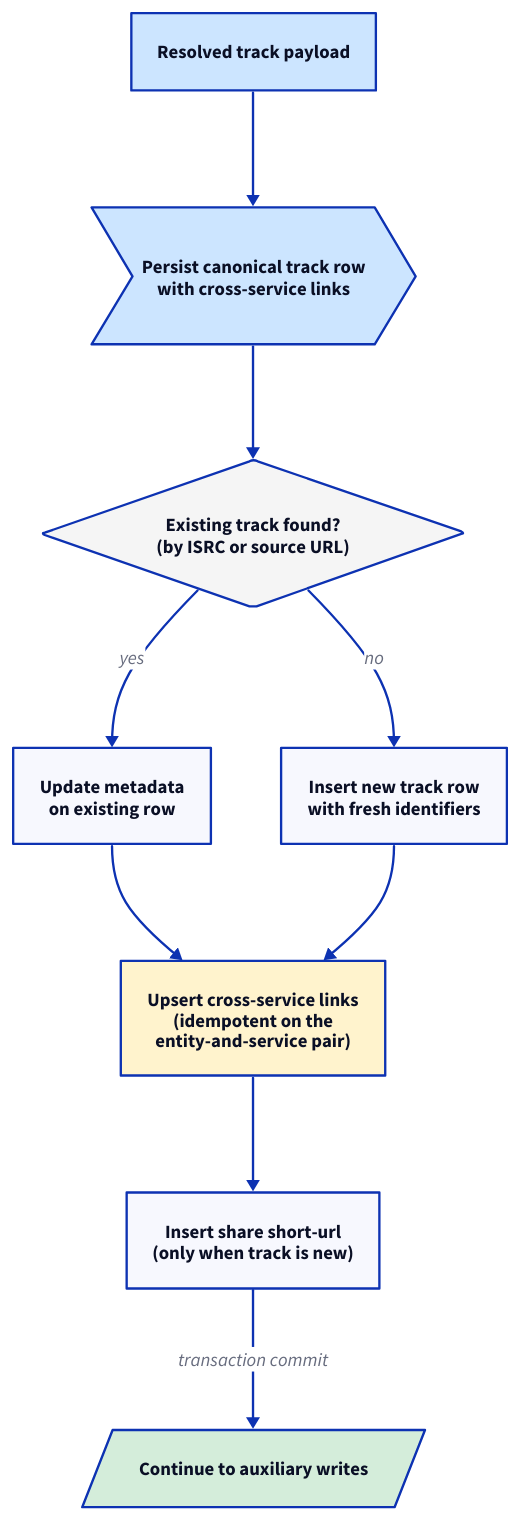
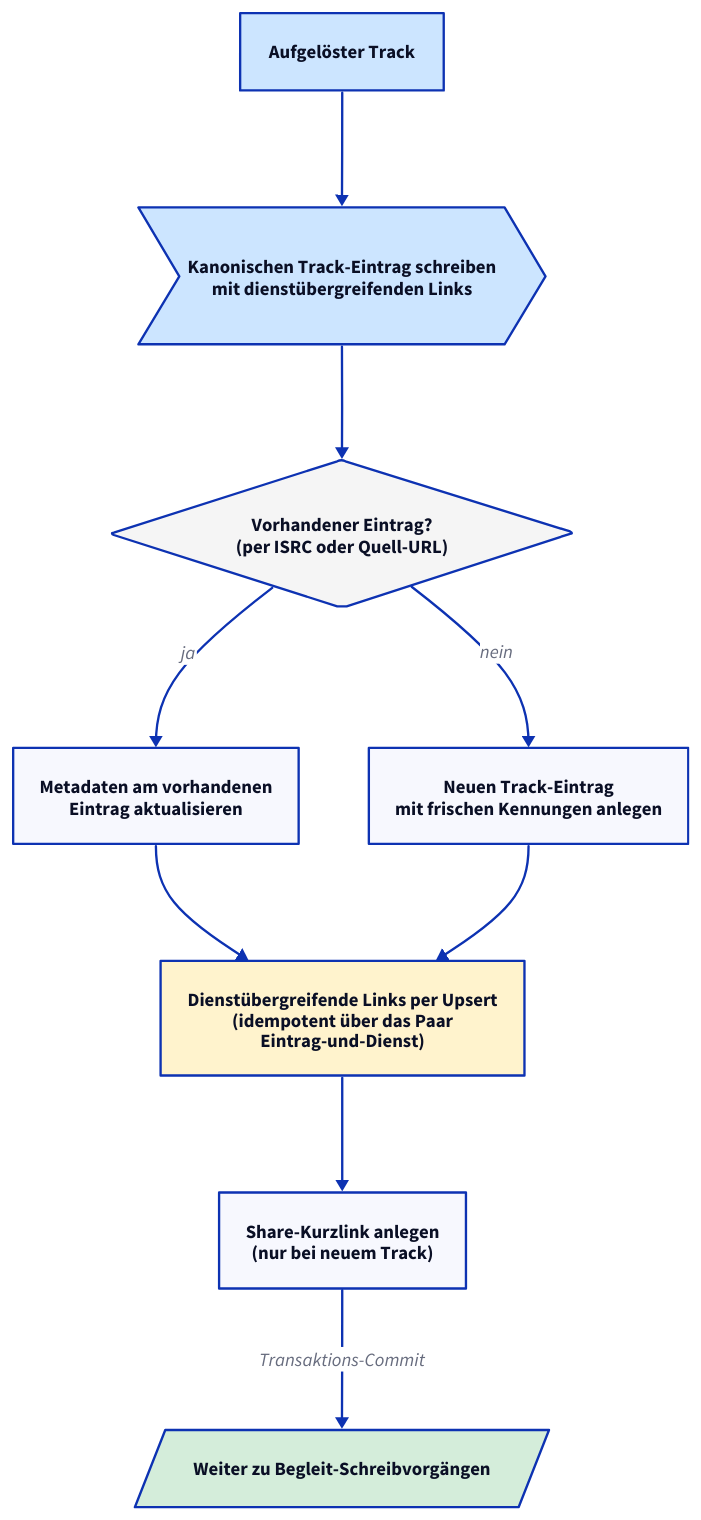
Before and after one commit to phranck/musiccloud: the diagram in docs/resolve-flow/diagrams/05a-persistence-write.d2, drawn with D2. The commit also changed 29 other files, not shown here.

First line of the commit message:
Docs: Translate resolve-flow diagrams to German

```diff
--- a/docs/resolve-flow/diagrams/05a-persistence-write.d2
+++ b/docs/resolve-flow/diagrams/05a-persistence-write.d2
@@ -1,54 +1,54 @@
-# Persistence, part 1: canonical write of track row, cross-service links, and short-url.
+# Persistenz, Teil 1: kanonisches Schreiben von Track-Eintrag, Links und Kurzlink.
 
 direction: down
 
-input: "Resolved track payload" {
+input: "Aufgelöster Track" {
   shape: rectangle
   style.fill: "#cce5ff"
 }
 
-persist: "Persist canonical track row\nwith cross-service links" {
+persist: "Kanonischen Track-Eintrag schreiben\nmit dienstübergreifenden Links" {
   shape: step
   style.fill: "#cce5ff"
 }
 
 input -> persist
 
-dedup: "Existing track found?\n(by ISRC or source URL)" {
+dedup: "Vorhandener Eintrag?\n(per ISRC oder Quell-URL)" {
   shape: diamond
   style.fill: "#f5f5f5"
 }
 
 persist -> dedup
 
-update: "Update metadata\non existing row" {
+update: "Metadaten am vorhandenen\nEintrag aktualisieren" {
   shape: rectangle
 }
 
-insert: "Insert new track row\nwith fresh identifiers" {
+insert: "Neuen Track-Eintrag\nmit frischen Kennungen anlegen" {
   shape: rectangle
 }
 
-dedup -> update: "yes"
-dedup -> insert: "no"
+dedup -> update: "ja"
+dedup -> insert: "nein"
 
-upsert_links: "Upsert cross-service links\n(idempotent on the\nentity-and-service pair)" {
+upsert_links: "Dienstübergreifende Links per Upsert\n(idempotent über das Paar\nEintrag-und-Dienst)" {
   shape: rectangle
   style.fill: "#fff3cd"
 }
 
 update -> upsert_links
 insert -> upsert_links
 
-short_url: "Insert share short-url\n(only when track is new)" {
+short_url: "Share-Kurzlink anlegen\n(nur bei neuem Track)" {
   shape: rectangle
 }
 
 upsert_links -> short_url
 
-next: "Continue to auxiliary writes" {
+next: "Weiter zu Begleit-Schreibvorgängen" {
   shape: parallelogram
   style.fill: "#d4edda"
 }
 
-short_url -> next: "transaction commit"
+short_url -> next: "Transaktions-Commit"
```
